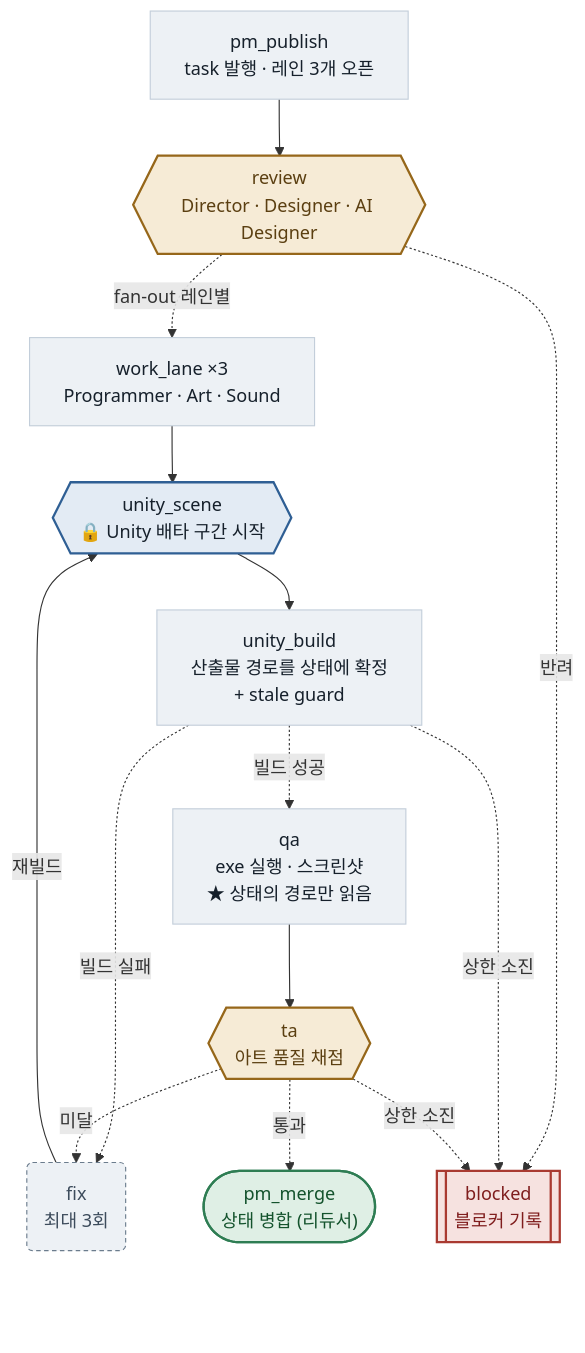
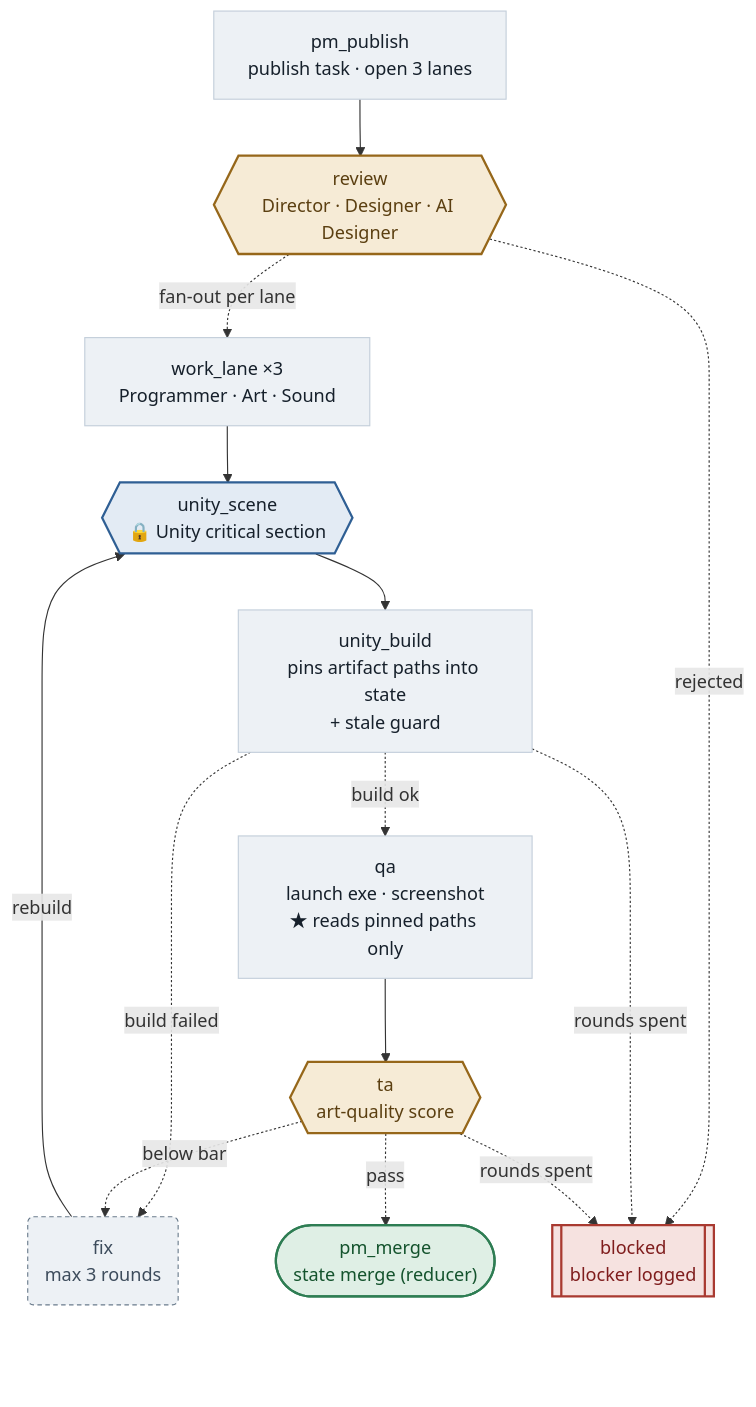
One commit to MelonS/MelonS-Agents changed the second of 2 diagrams in graph/README.md. Above: the diagram before and after it, drawn with Mermaid. The commit also changed other lines of this file and 5 other files, not shown here.

First line of the commit message:
docs(graph): make graph/README.md English-primary, add ko mirror

````diff
--- a/graph/README.md
+++ b/graph/README.md
@@ -117,46 +121,46 @@
 ```mermaid
 flowchart TD
-  pm_publish["pm_publish<br/>task 발행 · 레인 3개 오픈"]
+  pm_publish["pm_publish<br/>publish task · open 3 lanes"]
   review{{"review<br/>Director · Designer · AI Designer"}}
   work_lane["work_lane ×3<br/>Programmer · Art · Sound"]
-  unity_scene{{"unity_scene<br/>🔒 Unity 배타 구간 시작"}}
-  unity_build["unity_build<br/>산출물 경로를 상태에 확정<br/>+ stale guard"]
-  qa["qa<br/>exe 실행 · 스크린샷<br/>★ 상태의 경로만 읽음"]
-  ta{{"ta<br/>아트 품질 채점"}}
-  fix("fix<br/>최대 3회")
-  pm_merge(["pm_merge<br/>상태 병합 (리듀서)"])
-  blocked[["blocked<br/>블로커 기록"]]
+  unity_scene{{"unity_scene<br/>🔒 Unity critical section"}}
+  unity_build["unity_build<br/>pins artifact paths into state<br/>+ stale guard"]
+  qa["qa<br/>launch exe · screenshot<br/>★ reads pinned paths only"]
+  ta{{"ta<br/>art-quality score"}}
+  fix("fix<br/>max 3 rounds")
+  pm_merge(["pm_merge<br/>state merge (reducer)"])
+  blocked[["blocked<br/>blocker logged"]]
 
   pm_publish --> review
-  review -. "fan-out 레인별" .-> work_lane
-  review -. "반려" .-> blocked
+  review -. "fan-out per lane" .-> work_lane
+  review -. "rejected" .-> blocked
   work_lane --> unity_scene
   unity_scene --> unity_build
-  unity_build -. "빌드 성공" .-> qa
-  unity_build -. "빌드 실패" .-> fix
-  unity_build -. "상한 소진" .-> blocked
+  unity_build -. "build ok" .-> qa
+  unity_build -. "build failed" .-> fix
+  unity_build -. "rounds spent" .-> blocked
   qa --> ta
-  ta -. "미달" .-> fix
-  ta -. "통과" .-> pm_merge
-  ta -. "상한 소진" .-> blocked
-  fix -- "재빌드" --> unity_scene
+  ta -. "below bar" .-> fix
+  ta -. "pass" .-> pm_merge
+  ta -. "rounds spent" .-> blocked
+  fix -- "rebuild" --> unity_scene
   ctrl_gap[" "]
   blocked ~~~ ctrl_gap
   pm_merge ~~~ ctrl_gap
 
   classDef step fill:#EDF1F5,stroke:#C3CEDA,stroke-width:1px,color:#16202B
   classDef gate fill:#F6EBD6,stroke:#96671A,stroke-width:2px,color:#5B3F11
   classDef mutex fill:#E3EBF4,stroke:#2F5F94,stroke-width:2px,color:#16202B
   classDef human fill:#E3EBF4,stroke:#2F5F94,stroke-width:2px,color:#16202B
   classDef retry fill:#EDF1F5,stroke:#6B7C8D,stroke-width:1px,stroke-dasharray:4 3,color:#3D4C5C
   classDef done fill:#DFEFE5,stroke:#2E7D53,stroke-width:2px,color:#14532D
   classDef stop fill:#F6E2E0,stroke:#A93A31,stroke-width:2px,color:#7F1D1D
   class pm_publish,qa,unity_build,work_lane step
   class review,ta gate
   class unity_scene mutex
   class fix retry
   class pm_merge done
   class blocked stop
   classDef gap fill:none,stroke:none,color:#00000000
   class ctrl_gap gap
 ```
````
